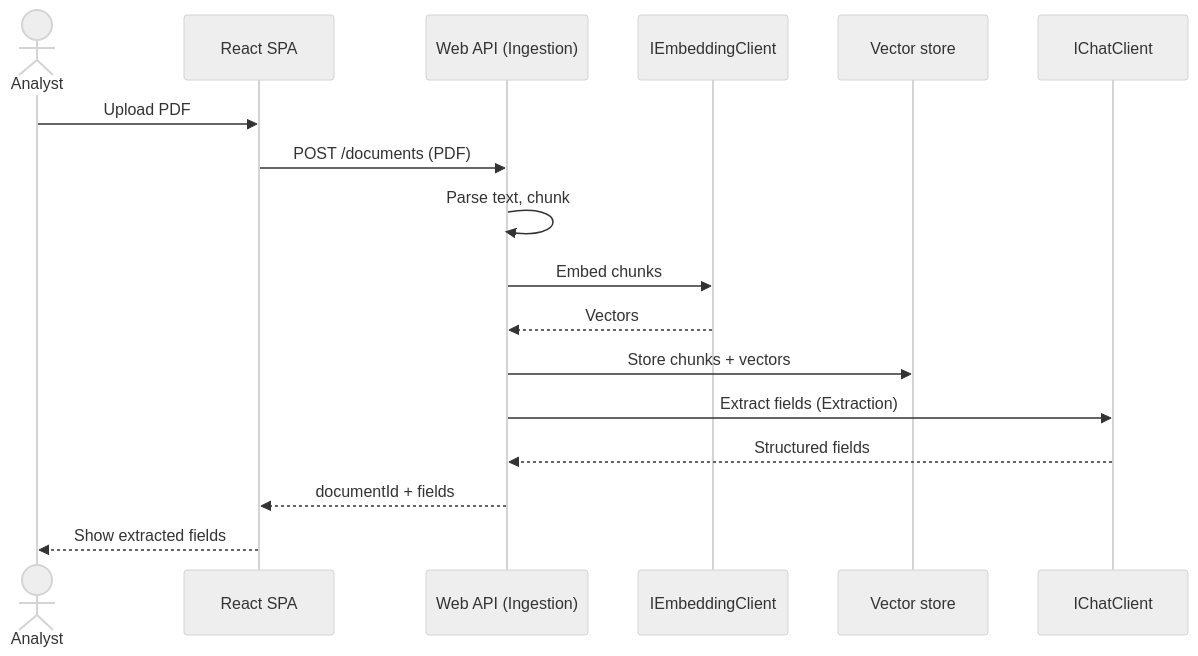
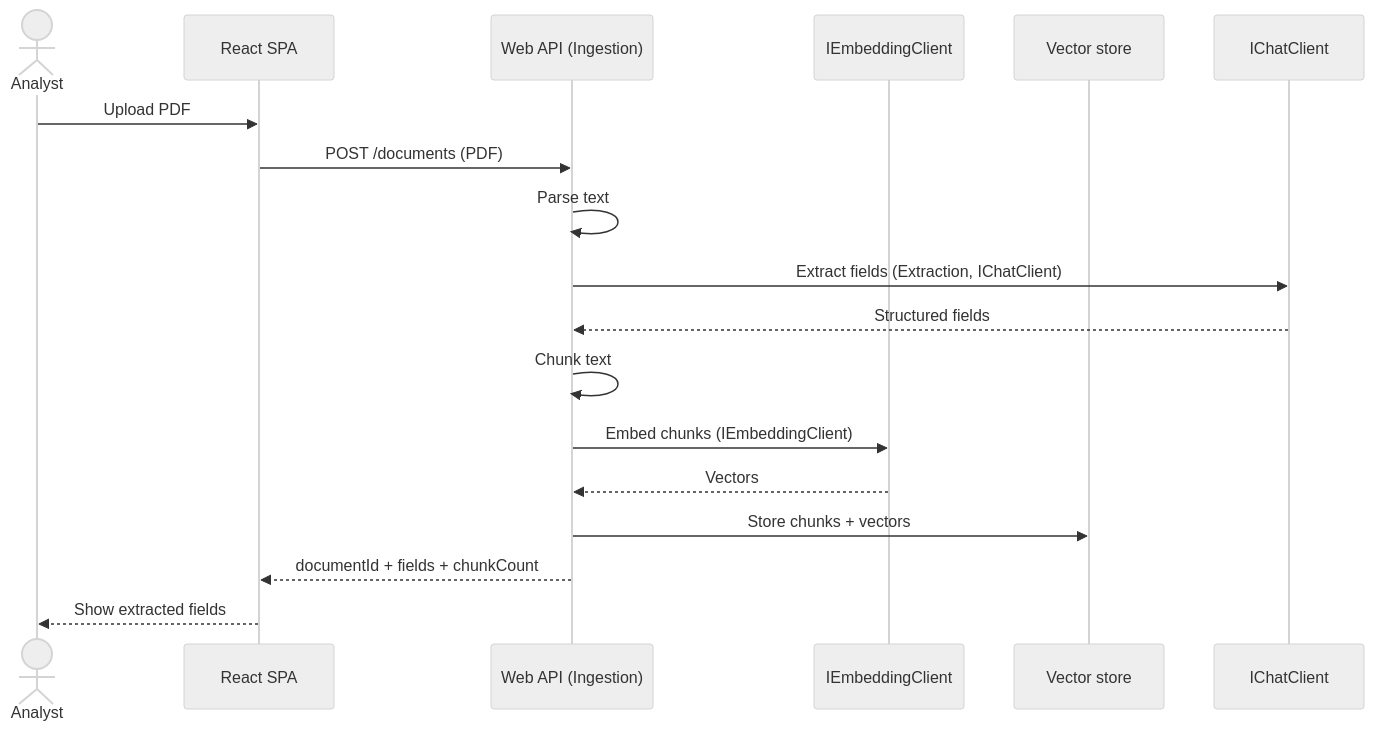
Before and after one commit to hectorreyesdev/landdoc-intelligence: the first of 2 diagrams in knowledge/docs/DATA-FLOW.md, drawn with Mermaid (neutral theme). The commit also changed other lines of this file and 10 other files, not shown here.

````diff
--- a/knowledge/docs/DATA-FLOW.md
+++ b/knowledge/docs/DATA-FLOW.md
@@ -8,20 +8,21 @@
 ```mermaid
 sequenceDiagram
     actor A as Analyst
     participant SPA as React SPA
     participant API as Web API (Ingestion)
     participant E as IEmbeddingClient
     participant V as Vector store
     participant C as IChatClient
 
     A->>SPA: Upload PDF
     SPA->>API: POST /documents (PDF)
-    API->>API: Parse text, chunk
-    API->>E: Embed chunks
+    API->>API: Parse text
+    API->>C: Extract fields (Extraction, IChatClient)
+    C-->>API: Structured fields
+    API->>API: Chunk text
+    API->>E: Embed chunks (IEmbeddingClient)
     E-->>API: Vectors
     API->>V: Store chunks + vectors
-    API->>C: Extract fields (Extraction)
-    C-->>API: Structured fields
-    API-->>SPA: documentId + fields
+    API-->>SPA: documentId + fields + chunkCount
     SPA-->>A: Show extracted fields
 ```
````
